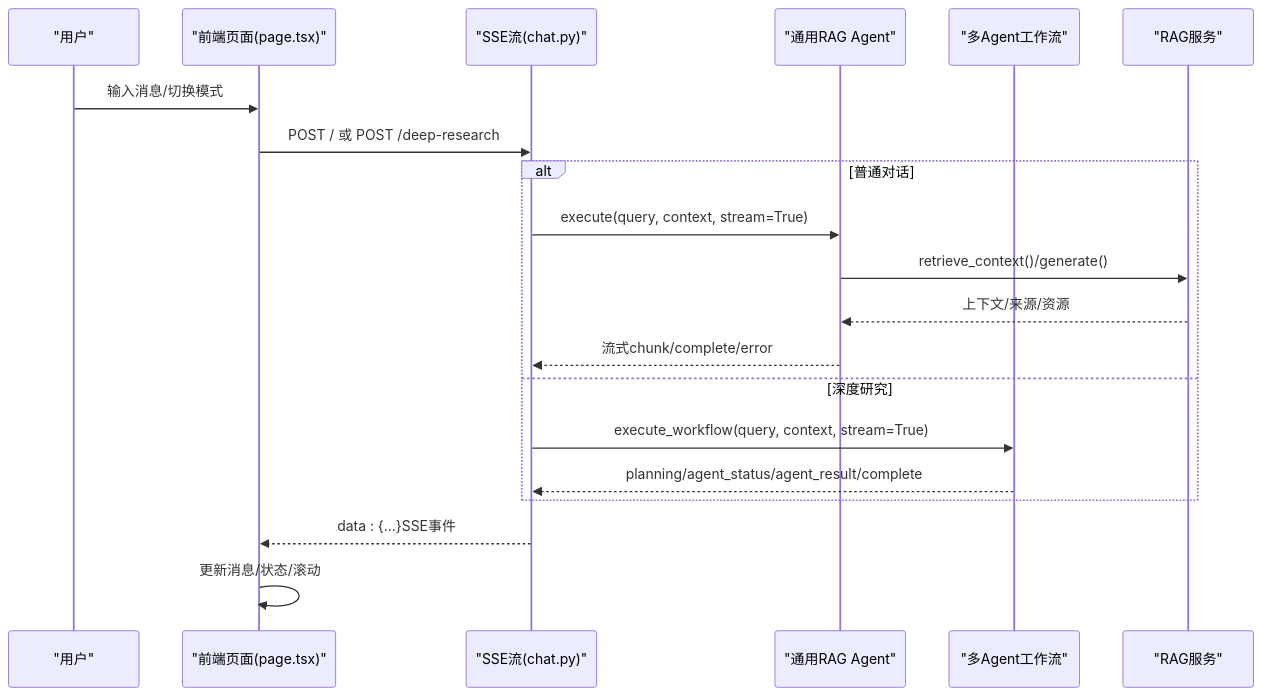
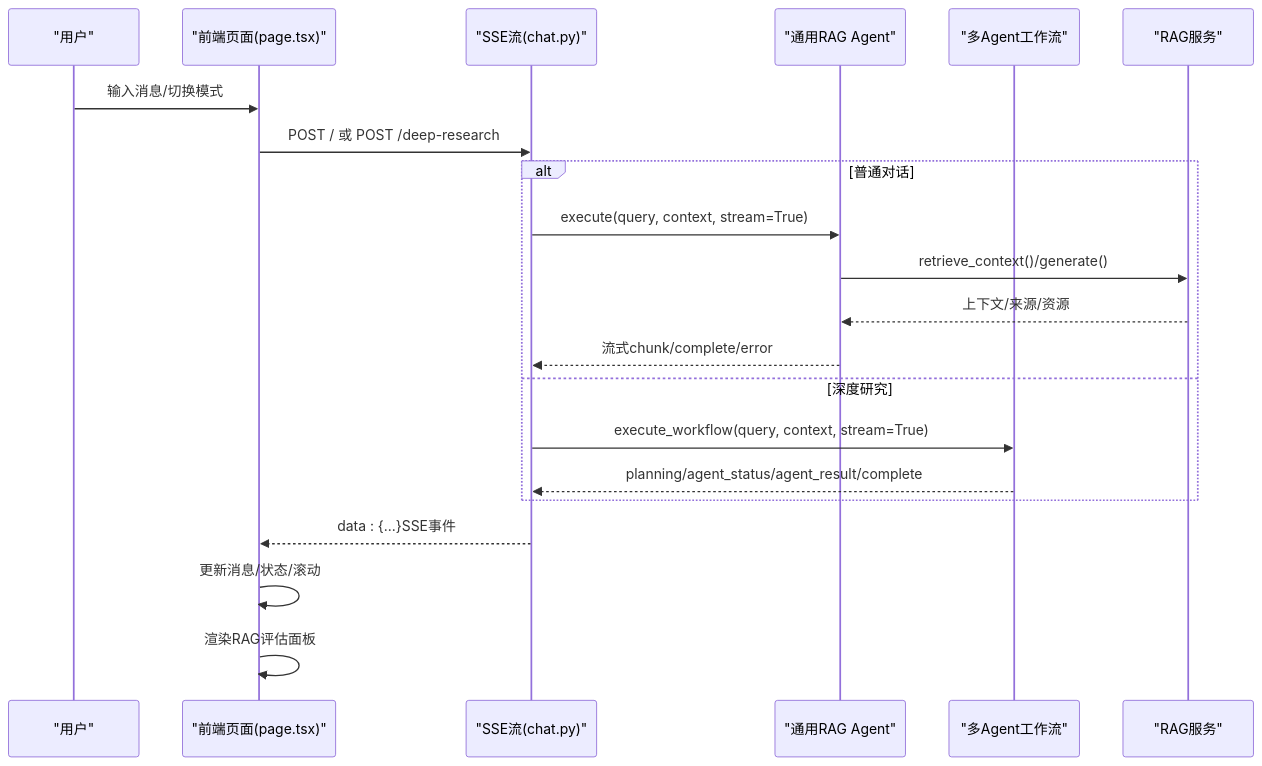
One commit to iammm0/advanced-rag changed the second of 7 diagrams in .qoder/repowiki/zh/content/核心功能模块/对话系统/对话系统.md. Above: the diagram before and after it, drawn with Mermaid. The commit also changed other lines of this file and 5 other files, not shown here.

````diff
--- a/.qoder/repowiki/zh/content/核心功能模块/对话系统/对话系统.md
+++ b/.qoder/repowiki/zh/content/核心功能模块/对话系统/对话系统.md
@@ -105,22 +122,23 @@
 ```mermaid
 sequenceDiagram
 participant U as "用户"
 participant FE as "前端页面(page.tsx)"
 participant SSE as "SSE流(chat.py)"
 participant GA as "通用RAG Agent"
 participant WF as "多Agent工作流"
 participant RS as "RAG服务"
 U->>FE : 输入消息/切换模式
 FE->>SSE : POST / 或 POST /deep-research
 alt 普通对话
 SSE->>GA : execute(query, context, stream=True)
 GA->>RS : retrieve_context()/generate()
 RS-->>GA : 上下文/来源/资源
 GA-->>SSE : 流式chunk/complete/error
 else 深度研究
 SSE->>WF : execute_workflow(query, context, stream=True)
 WF-->>SSE : planning/agent_status/agent_result/complete
 end
 SSE-->>FE : data : {...}SSE事件
 FE->>FE : 更新消息/状态/滚动
+FE->>FE : 渲染RAG评估面板
 ```
````
